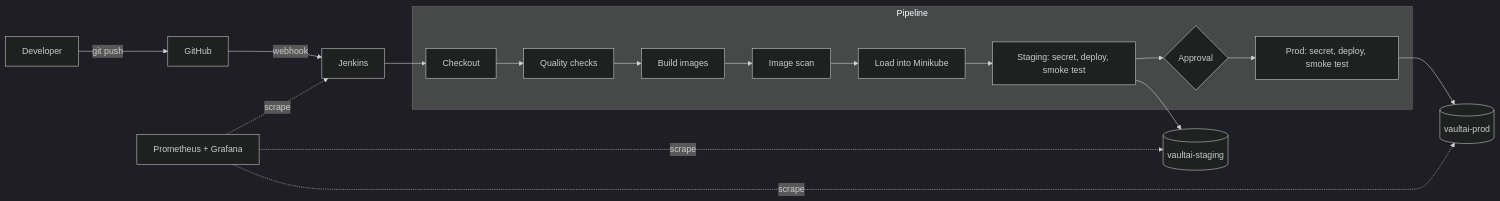
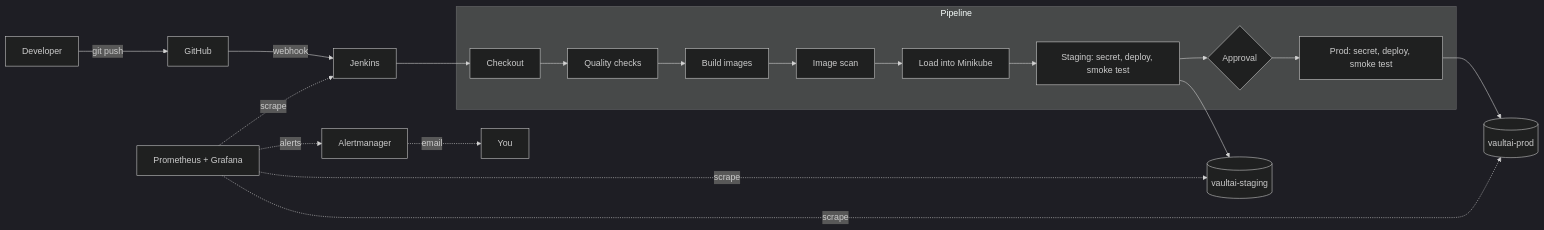
The diagram in README.md (kernal05/Finacplus-Vaultai), drawn with Mermaid (dark theme) before and after one commit. The commit also changed other lines of this file, not shown here.

Commit message:
README: remove missing image reference, add alerting to diagram

````diff
--- a/README.md
+++ b/README.md
@@ -13,15 +13,16 @@
 ```mermaid
 flowchart LR
   Dev[Developer] -->|git push| GH[GitHub]
   GH -->|webhook| J[Jenkins]
   J --> A[Checkout]
   subgraph Pipeline
     A --> Q[Quality checks] --> B[Build images] --> I[Image scan] --> C[Load into Minikube] --> D[Staging: secret, deploy, smoke test] --> E{Approval}
     E --> F[Prod: secret, deploy, smoke test]
   end
   D --> S[(vaultai-staging)]
   F --> P[(vaultai-prod)]
   M[Prometheus + Grafana] -.->|scrape| S
+  M -.->|alerts| AM[Alertmanager] -.->|email| U[You]
   M -.->|scrape| P
   M -.->|scrape| J
 ```
````
